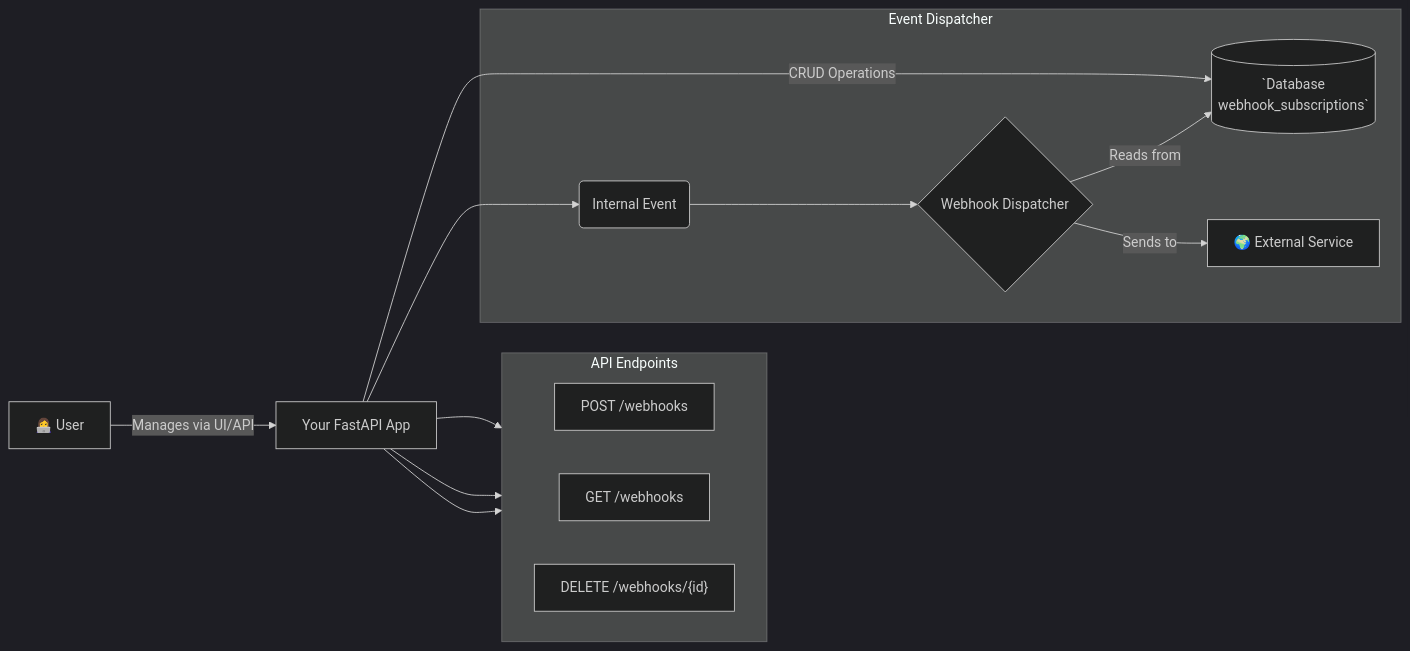
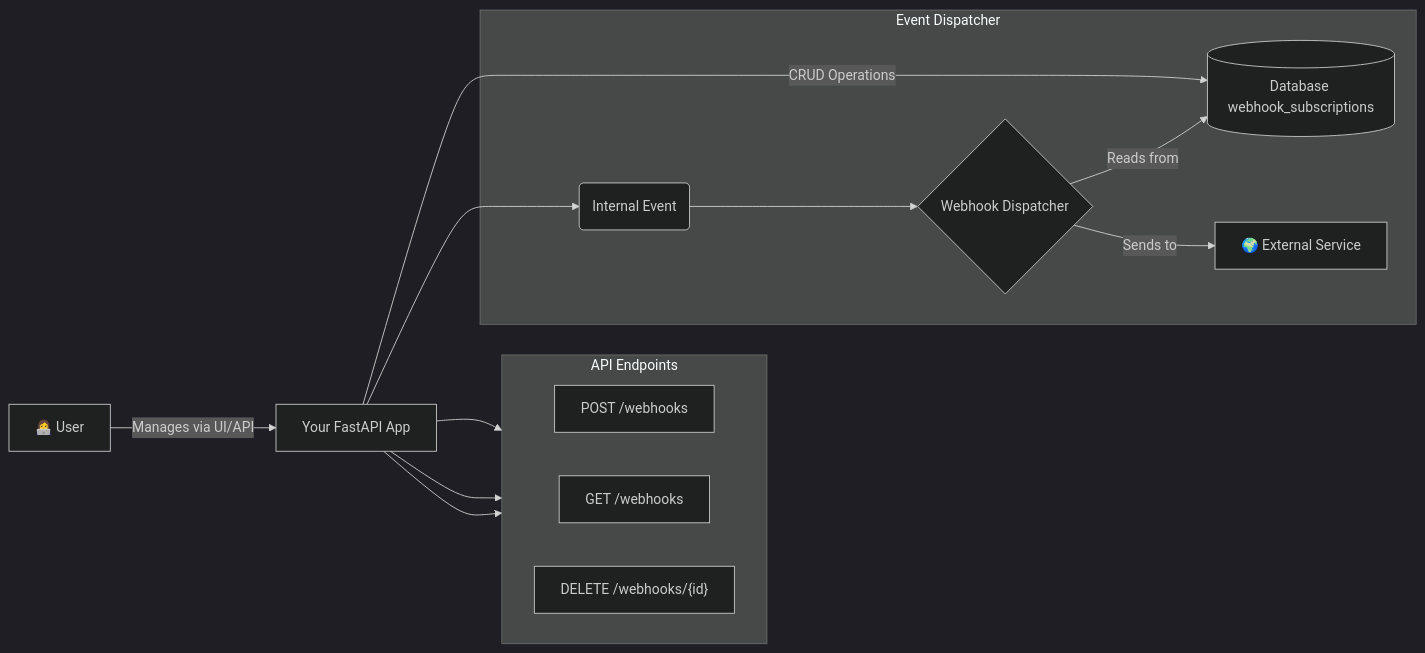
One commit to ridwanspace/restful-fastapi-guideline changed the fifth of 5 diagrams in app/docs/04_advanced/02-implementing-webhooks/page.mdx. Above: the diagram before and after it, drawn with Mermaid (dark theme).

Commit message:
📝 docs(webhooks): improve webhook subscription diagram
- fix database label in mermaid diagram for better readability

````diff
--- a/app/docs/04_advanced/02-implementing-webhooks/page.mdx
+++ b/app/docs/04_advanced/02-implementing-webhooks/page.mdx
@@ -509,24 +509,24 @@
 ```mermaid
 graph LR
     User[👩‍💻 User] -- Manages via UI/API --> YourApp[Your FastAPI App]
-    YourApp -- CRUD Operations --> DB[(`Database<br/>webhook_subscriptions`)]
+    YourApp -- CRUD Operations --> DB[(Database webhook_subscriptions)]
     
     subgraph "API Endpoints"
         direction LR
         A[POST /webhooks]
         B[GET /webhooks]
         C["DELETE /webhooks/{id}"]
     end
 
     YourApp --> A
     YourApp --> B
     YourApp --> C
 
     subgraph "Event Dispatcher"
         InternalEvent(Internal Event) --> Dispatcher{Webhook Dispatcher}
         Dispatcher -- Reads from --> DB
         Dispatcher -- Sends to --> External[🌍 External Service]
     end
     
     YourApp --> InternalEvent
 ```
````
